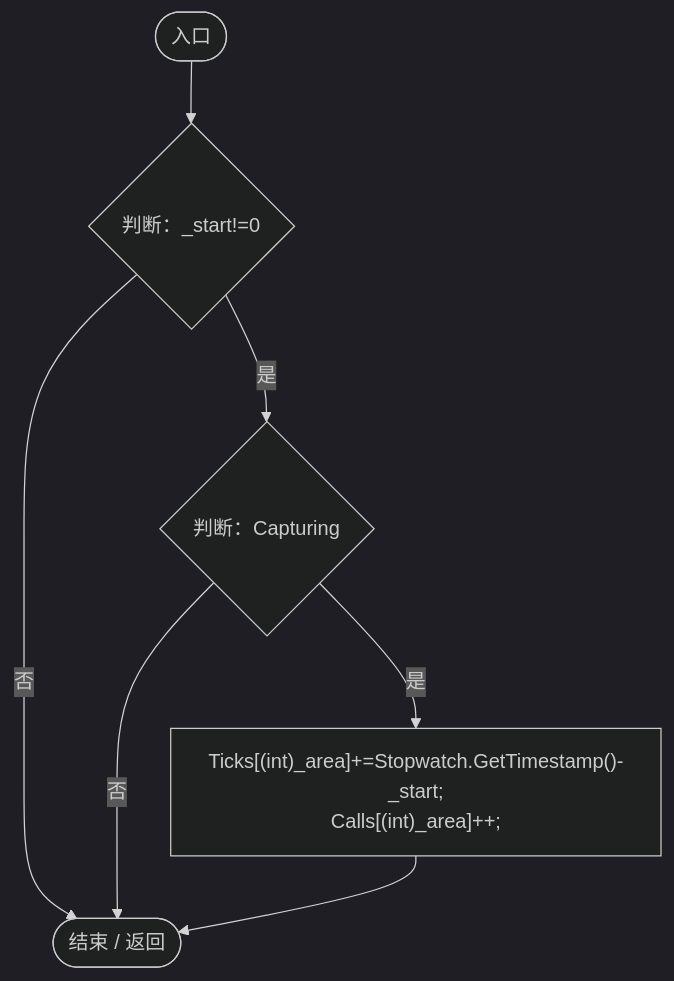
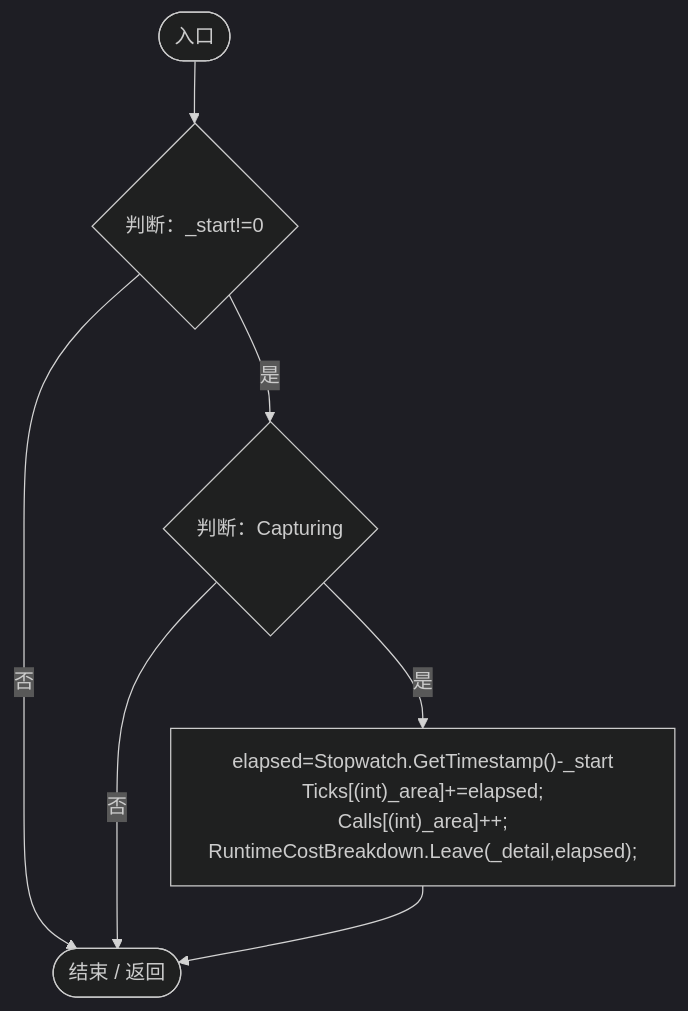
One commit to xhs6666/Darwin_paradise changed the fourth of 17 diagrams in Docs/运行流程图/脚本/a8403a4c7503726d.md. Above: the diagram before and after it, drawn with Mermaid (dark theme). The commit also changed other lines of this file and 150 other files, not shown here.

````diff
--- a/Docs/运行流程图/脚本/a8403a4c7503726d.md
+++ b/Docs/运行流程图/脚本/a8403a4c7503726d.md
@@ -92,15 +102,15 @@
 ```mermaid
 flowchart TD
   b0(["入口"])
   b1{"判断：_start!=0"}
   b2{"判断：Capturing"}
-  b3["Ticks[(int)_area]+=Stopwatch.GetTimestamp()-_start;<br/>Calls[(int)_area]++;"]
+  b3["elapsed=Stopwatch.GetTimestamp()-_start<br/>Ticks[(int)_area]+=elapsed;<br/>Calls[(int)_area]++;<br/>RuntimeCostBreakdown.Leave(_detail,elapsed);"]
   b4(["结束 / 返回"])
   b0 --> b1
   b1 -->|"是"| b2
   b1 -->|"否"| b4
   b2 -->|"是"| b3
   b2 -->|"否"| b4
   b3 --> b4
 
 ```
````
